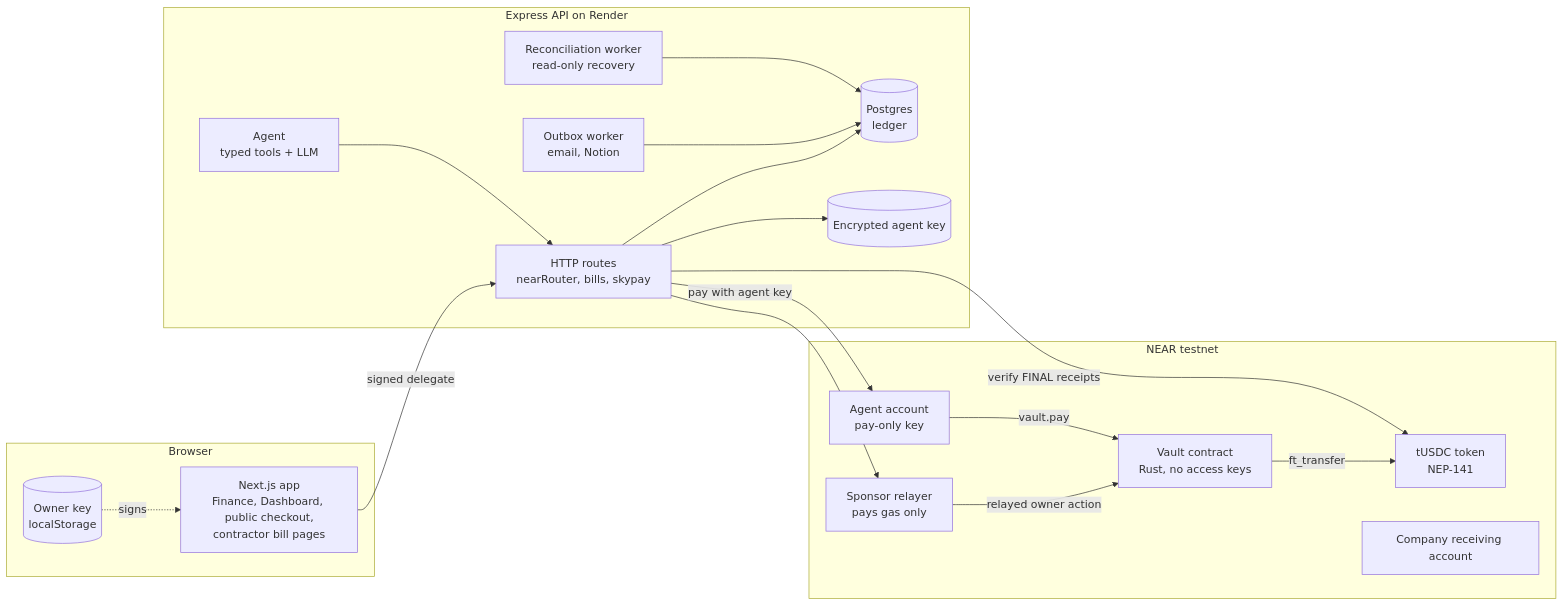
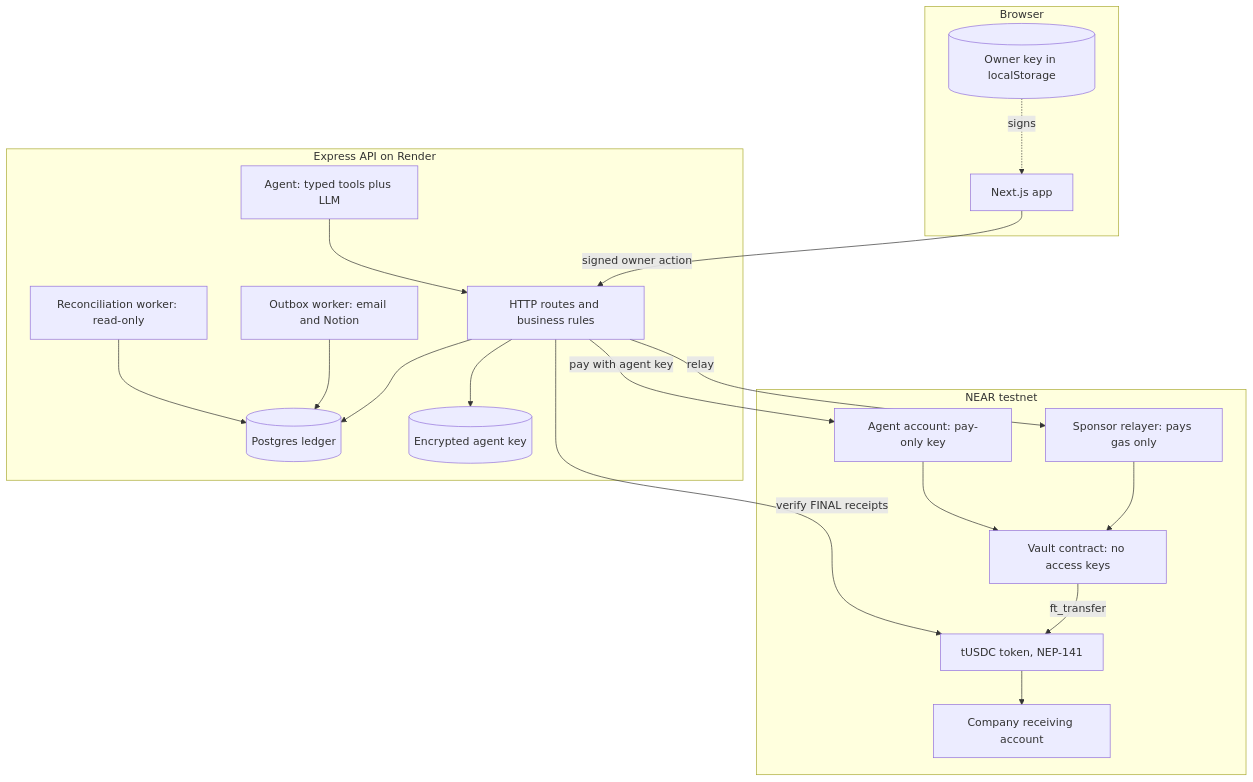
The first of 3 diagrams in README.md (ydvSajal/Near-SKYPAY), drawn with Mermaid before and after one commit.

Commit message:
docs: make the README component diagram readable (top-to-bottom layout)
Claude-Session: https://claude.ai/code/session_01WPZDD6XCoLb2tDNjEgn7dr

````diff
--- a/README.md
+++ b/README.md
@@ -39,33 +39,36 @@
 ```mermaid
-flowchart LR
+flowchart TB
   subgraph Browser
-    FE[Next.js app<br/>Finance, Dashboard, public checkout,<br/>contractor bill pages]
-    KEY[(Owner key<br/>localStorage)]
+    FE[Next.js app]
+    KEY[(Owner key in localStorage)]
   end
   subgraph Server[Express API on Render]
-    API[HTTP routes<br/>nearRouter, bills, skypay]
-    AG[Agent<br/>typed tools + LLM]
-    OB[Outbox worker<br/>email, Notion]
-    REC[Reconciliation worker<br/>read-only recovery]
-    DB[(Postgres<br/>ledger)]
+    API[HTTP routes and business rules]
+    AG[Agent: typed tools plus LLM]
+    OB[Outbox worker: email and Notion]
+    REC[Reconciliation worker: read-only]
+    DB[(Postgres ledger)]
     SEC[(Encrypted agent key)]
   end
   subgraph NEAR[NEAR testnet]
-    VAULT[Vault contract<br/>Rust, no access keys]
-    TOKEN[tUSDC token<br/>NEP-141]
+    SPON[Sponsor relayer: pays gas only]
+    AGT[Agent account: pay-only key]
+    VAULT[Vault contract: no access keys]
+    TOKEN[tUSDC token, NEP-141]
     RCV[Company receiving account]
-    AGT[Agent account<br/>pay-only key]
-    SPON[Sponsor relayer<br/>pays gas only]
   end
-  FE -- signed delegate --> API
-  KEY -.signs.-> FE
-  API --> SPON -- relayed owner action --> VAULT
-  API -- pay with agent key --> AGT -- vault.pay --> VAULT
-  VAULT -- ft_transfer --> TOKEN
-  API -- verify FINAL receipts --> TOKEN
+  KEY -. signs .-> FE
+  FE -->|signed owner action| API
+  AG --> API
   API --> DB
+  API --> SEC
   OB --> DB
   REC --> DB
-  AG --> API
-  API --> SEC
+  API -->|relay| SPON
+  SPON --> VAULT
+  API -->|pay with agent key| AGT
+  AGT --> VAULT
+  VAULT -->|ft_transfer| TOKEN
+  TOKEN --> RCV
+  API -->|verify FINAL receipts| TOKEN
 ```
````
